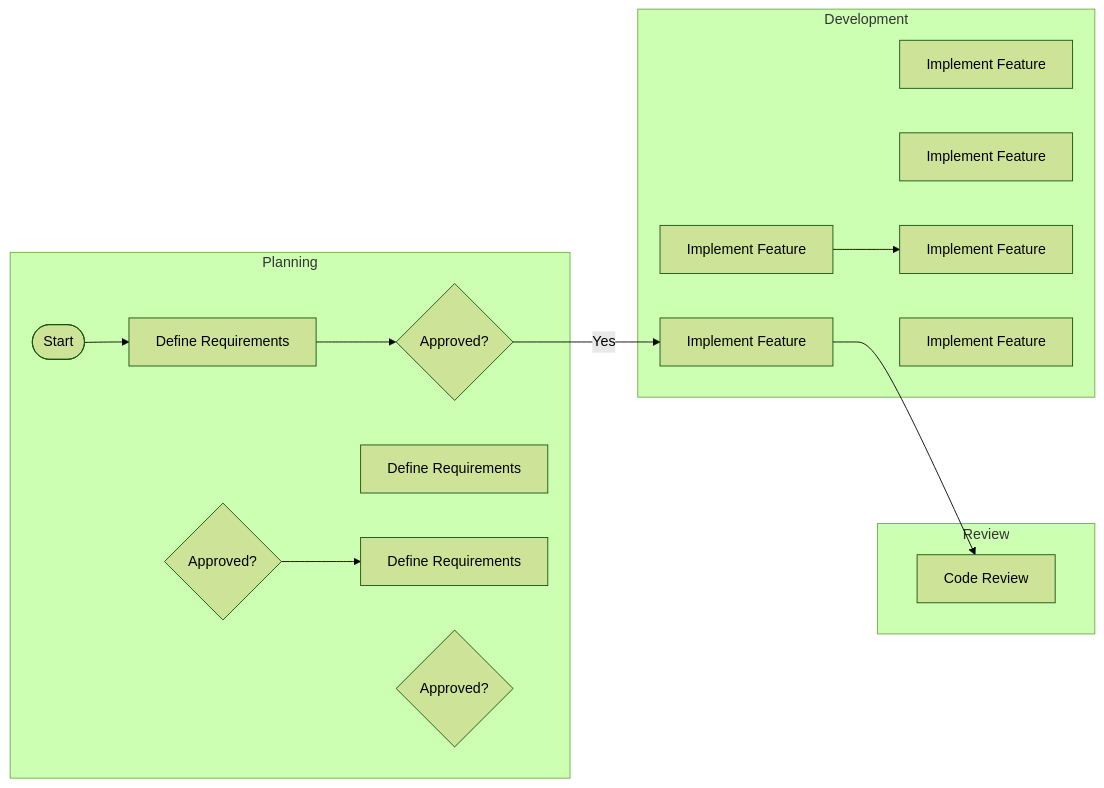
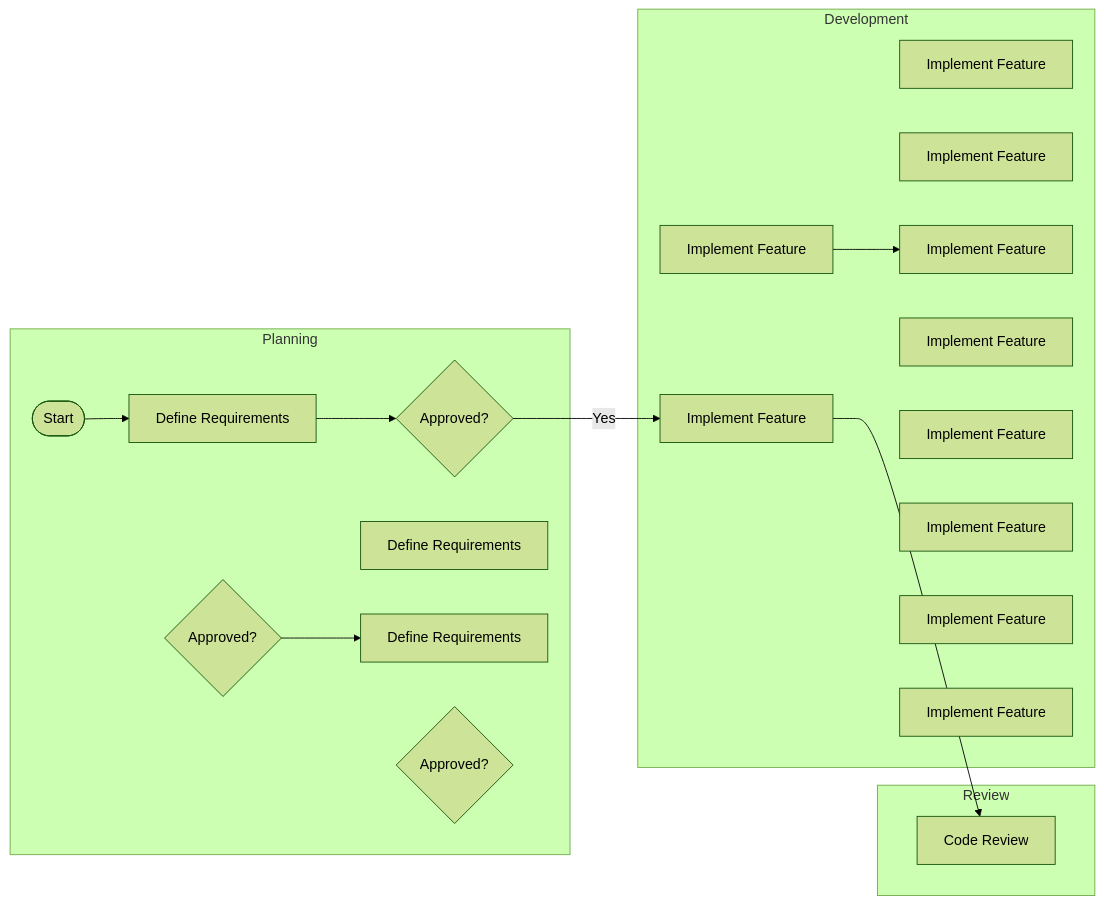
Before and after one commit to pingpm/mermaid_vault: the diagram in mmd/123_af5300cc-6d6d-4905-8888-06a9c48e023e.mmd, drawn with Mermaid (forest theme). The commit also changed 3 other files, not shown here.

Commit message:
Sync Mermaid Studio data (27 diagrams)

```diff
--- a/mmd/123_af5300cc-6d6d-4905-8888-06a9c48e023e.mmd
+++ b/mmd/123_af5300cc-6d6d-4905-8888-06a9c48e023e.mmd
@@ -1,27 +1,31 @@
 flowchart LR
   subgraph lane_0["Planning"]
     t_0{"Approved?"}
     t_1(["Start"])
     t_2["Define Requirements"]
     t_3{"Approved?"}
     t_4["Define Requirements"]
     t_5["Define Requirements"]
     t_6{"Approved?"}
   end
   subgraph lane_1["Development"]
     t_7["Implement Feature"]
     t_8["Implement Feature"]
     t_9["Implement Feature"]
     t_10["Implement Feature"]
     t_11["Implement Feature"]
     t_12["Implement Feature"]
+    t_13["Implement Feature"]
+    t_14["Implement Feature"]
+    t_15["Implement Feature"]
+    t_16["Implement Feature"]
   end
   subgraph lane_2["Review"]
-    t_13["Code Review"]
+    t_17["Code Review"]
   end
   t_1 --> t_2
   t_2 --> t_0
   t_0 -->|"Yes"| t_7
-  t_7 --> t_13
+  t_7 --> t_17
   t_3 --> t_5
   t_9 --> t_11
```
